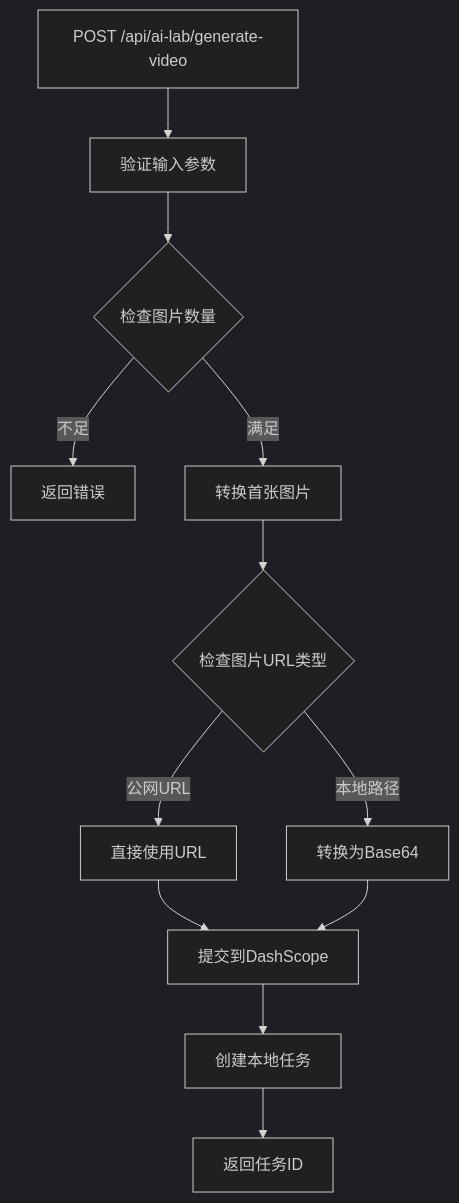
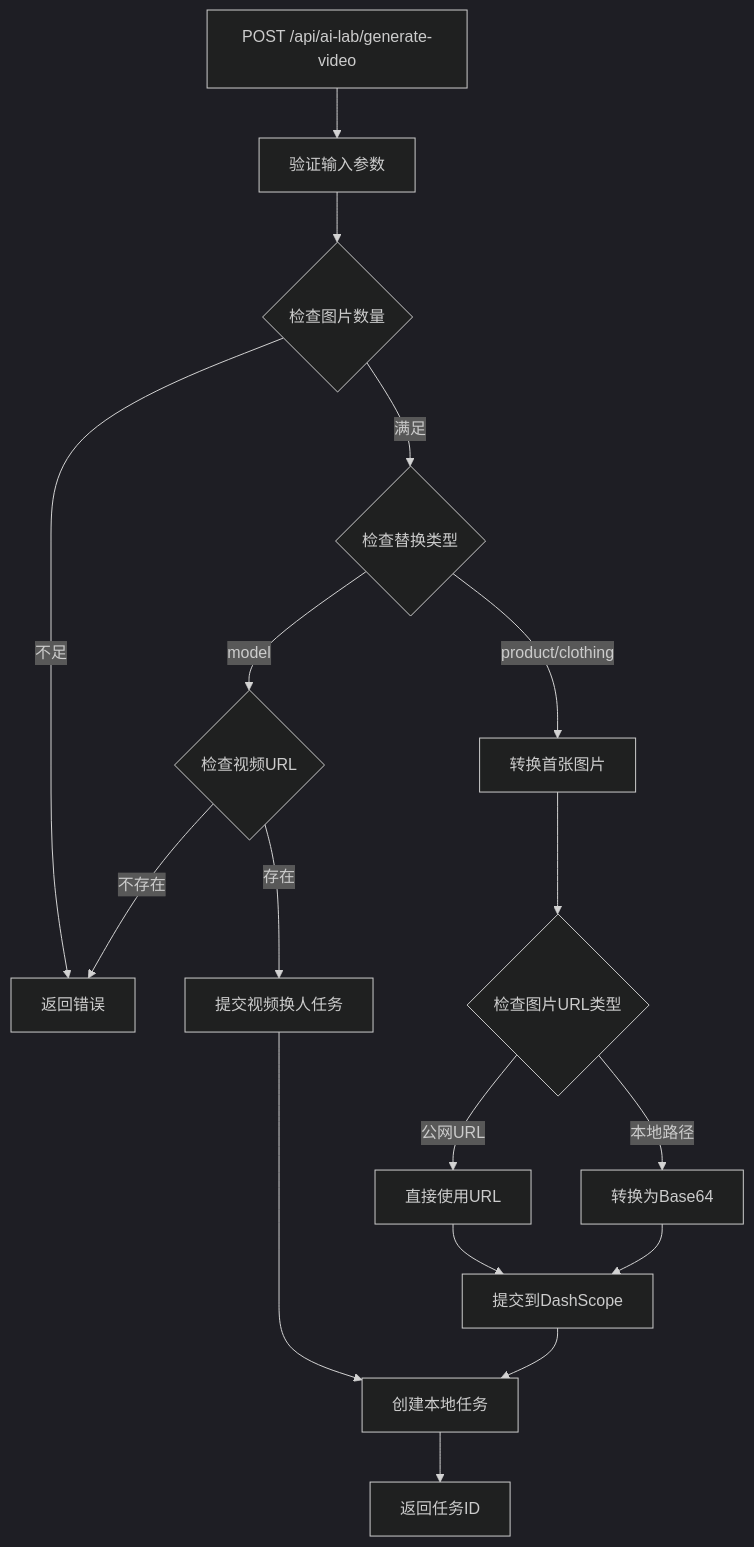
Before and after one commit to zuozuoliu740-cmd/xianxiong-news: the sixth of 9 diagrams in .qoder/repowiki/zh/content/Video Generation Pipeline.md, drawn with Mermaid (dark theme). The commit also changed other lines of this file and 4 other files, not shown here.

````diff
--- a/.qoder/repowiki/zh/content/Video Generation Pipeline.md
+++ b/.qoder/repowiki/zh/content/Video Generation Pipeline.md
@@ -237,14 +266,19 @@
 ```mermaid
 flowchart TD
 Request[POST /api/ai-lab/generate-video] --> ValidateInput[验证输入参数]
 ValidateInput --> CheckImages{检查图片数量}
 CheckImages --> |不足| ReturnError[返回错误]
-CheckImages --> |满足| ConvertImage[转换首张图片]
+CheckImages --> |满足| CheckSwapType{检查替换类型}
+CheckSwapType --> |model| CheckVideo{检查视频URL}
+CheckVideo --> |存在| SubmitCharacterSwap[提交视频换人任务]
+CheckVideo --> |不存在| ReturnError
+CheckSwapType --> |product/clothing| ConvertImage[转换首张图片]
 ConvertImage --> CheckURL{检查图片URL类型}
 CheckURL --> |公网URL| UseDirect[直接使用URL]
 CheckURL --> |本地路径| ConvertBase64[转换为Base64]
 UseDirect --> SubmitTask[提交到DashScope]
 ConvertBase64 --> SubmitTask
-SubmitTask --> CreateTask[创建本地任务]
+SubmitCharacterSwap --> CreateTask[创建本地任务]
+SubmitTask --> CreateTask
 CreateTask --> ReturnResponse[返回任务ID]
 ```
````
